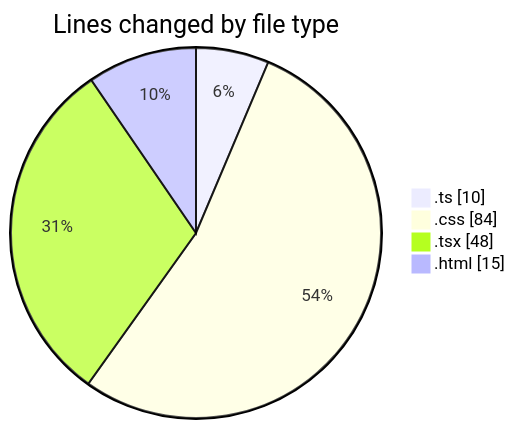
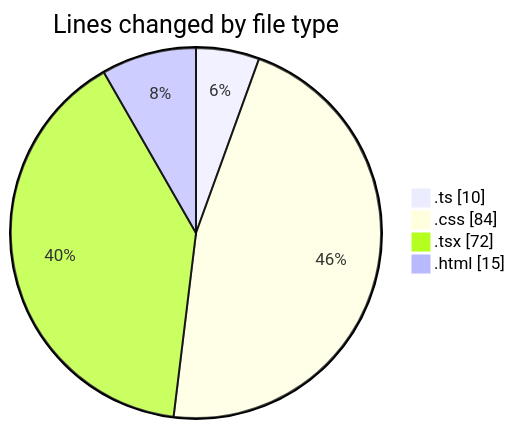
Before and after one commit to EIIisD/code-tracking: the first of 2 diagrams in 2025-07-31/tw-server/README.md, drawn with Mermaid. The commit also changed other lines of this file and 1 other file, not shown here.

````diff
--- a/2025-07-31/tw-server/README.md
+++ b/2025-07-31/tw-server/README.md
@@ -24,8 +24,8 @@
 ```mermaid
 pie showData
 title Lines changed by file type
 ".ts" : 10
 ".css" : 84
-".tsx" : 48
+".tsx" : 72
 ".html" : 15
 ```
````
